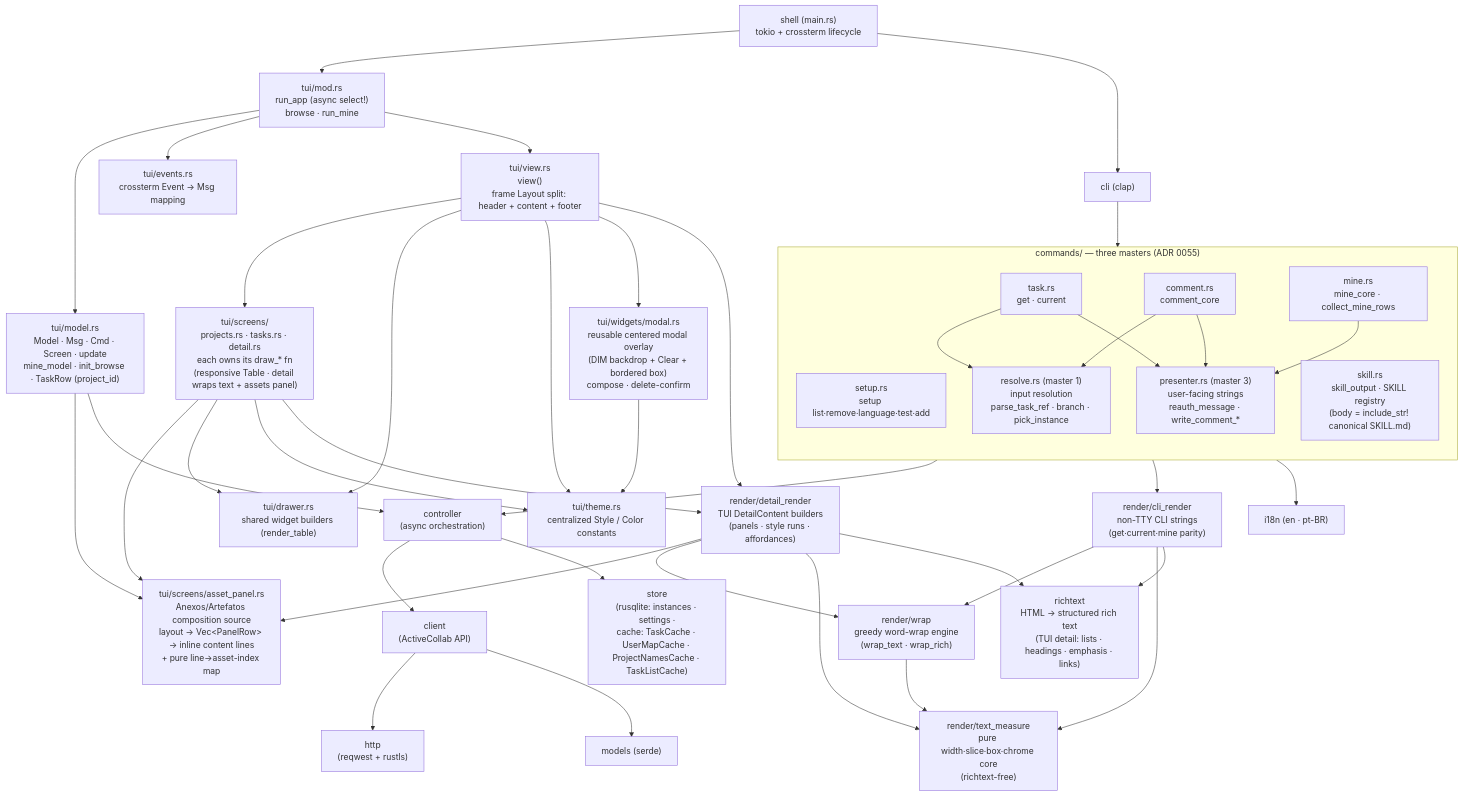
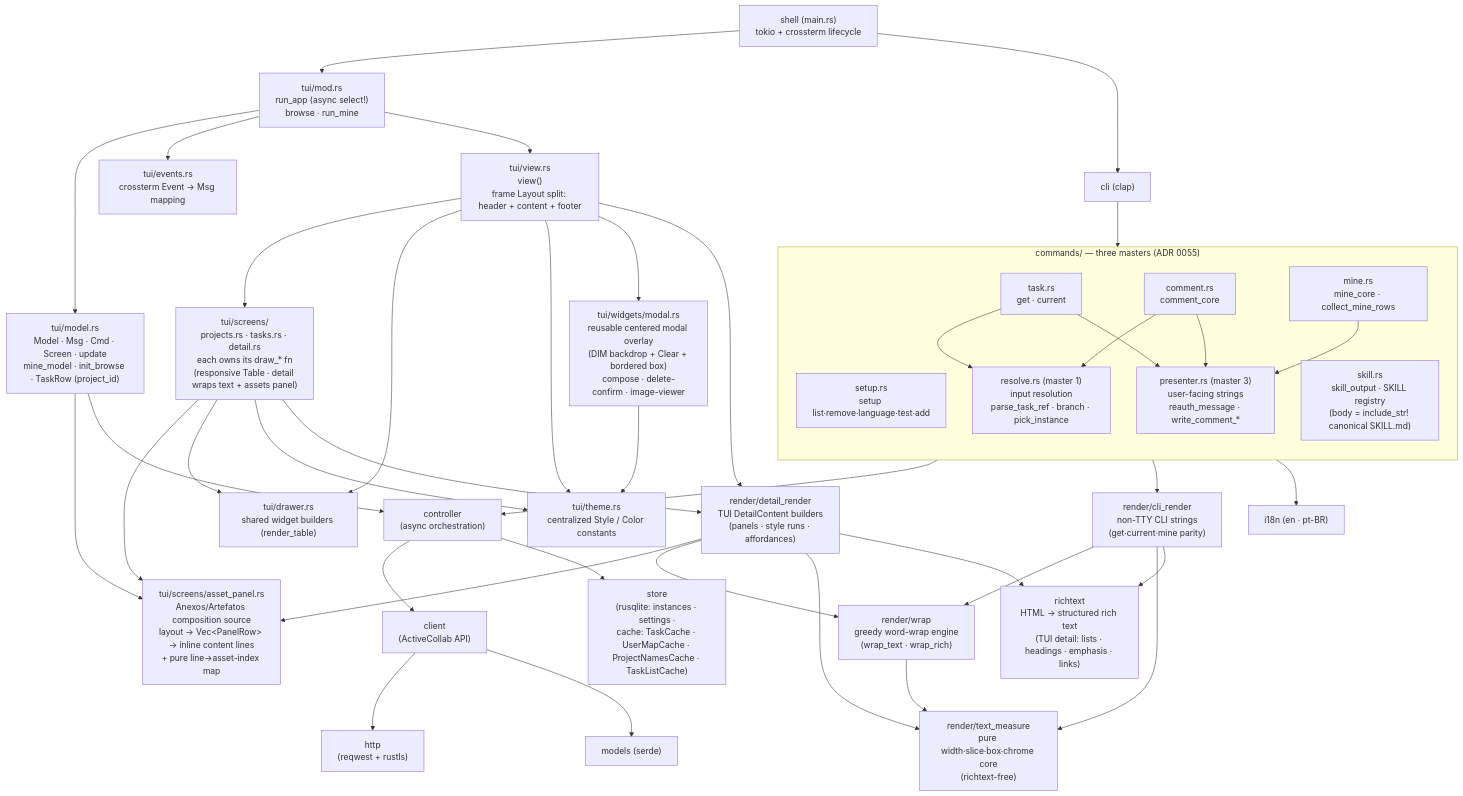
Before and after one commit to ejklock/active-collab-cli: the first of 3 diagrams in docs/architecture.md, drawn with Mermaid. The commit also changed other lines of this file and 8 other files, not shown here.

First line of the commit message:
feat(tui): image attachment viewer overlay slice 1 (issue 0058, ADR 0065)

````diff
--- a/docs/architecture.md
+++ b/docs/architecture.md
@@ -20,51 +20,51 @@
 ```mermaid
 flowchart TD
     main["shell (main.rs)\ntokio + crossterm lifecycle"] --> tui["tui/mod.rs\nrun_app (async select!)\nbrowse · run_mine"]
     tui --> model["tui/model.rs\nModel · Msg · Cmd · Screen · update\nmine_model · init_browse · TaskRow (project_id)"]
     tui --> events["tui/events.rs\ncrossterm Event → Msg mapping"]
     tui --> view["tui/view.rs\nview()\nframe Layout split: header + content + footer"]
     view --> screens["tui/screens/\nprojects.rs · tasks.rs · detail.rs\neach owns its draw_* fn\n(responsive Table · detail wraps text + assets panel)"]
     view --> drawer["tui/drawer.rs\nshared widget builders (render_table)"]
     view --> theme["tui/theme.rs\ncentralized Style / Color constants"]
-    view --> widgets["tui/widgets/modal.rs\nreusable centered modal overlay\n(DIM backdrop + Clear + bordered box)\ncompose · delete-confirm"]
+    view --> widgets["tui/widgets/modal.rs\nreusable centered modal overlay\n(DIM backdrop + Clear + bordered box)\ncompose · delete-confirm · image-viewer"]
     widgets --> theme
     screens --> asset_panel["tui/screens/asset_panel.rs\nAnexos/Artefatos composition source\nlayout → Vec&lt;PanelRow&gt; → inline content lines\n+ pure line→asset-index map"]
     detail_render --> asset_panel
     model --> asset_panel
     screens --> drawer
     screens --> theme
     main --> cli["cli (clap)"]
     cli --> commands
     subgraph commands["commands/ — three masters (ADR 0055)"]
         direction TB
         cmd_setup["setup.rs\nsetup list·remove·language·test·add"]
         cmd_task["task.rs\nget · current"]
         cmd_comment["comment.rs\ncomment_core"]
         cmd_mine["mine.rs\nmine_core · collect_mine_rows"]
         cmd_skill["skill.rs\nskill_output · SKILL registry\n(body = include_str! canonical SKILL.md)"]
         cmd_resolve["resolve.rs (master 1)\ninput resolution\nparse_task_ref · branch · pick_instance"]
         cmd_presenter["presenter.rs (master 3)\nuser-facing strings\nreauth_message · write_comment_*"]
         cmd_task --> cmd_resolve
         cmd_task --> cmd_presenter
         cmd_comment --> cmd_resolve
         cmd_comment --> cmd_presenter
         cmd_mine --> cmd_presenter
     end
     commands --> controller["controller\n(async orchestration)"]
     model --> controller
     controller --> client["client\n(ActiveCollab API)"]
     client --> http["http\n(reqwest + rustls)"]
     controller --> store["store\n(rusqlite: instances · settings ·\ncache: TaskCache · UserMapCache · ProjectNamesCache · TaskListCache)"]
     commands --> cli_render["render/cli_render\nnon-TTY CLI strings\n(get·current·mine parity)"]
     view --> detail_render["render/detail_render\nTUI DetailContent builders\n(panels · style runs · affordances)"]
     screens --> detail_render
     cli_render --> wrap["render/wrap\ngreedy word-wrap engine\n(wrap_text · wrap_rich)"]
     detail_render --> wrap
     cli_render --> text_measure["render/text_measure\npure width·slice·box·chrome core\n(richtext-free)"]
     detail_render --> text_measure
     wrap --> text_measure
     cli_render --> richtext["richtext\nHTML → structured rich text\n(TUI detail: lists · headings · emphasis · links)"]
     detail_render --> richtext
     commands --> i18n["i18n (en · pt-BR)"]
     client --> models["models (serde)"]
 ```
````
